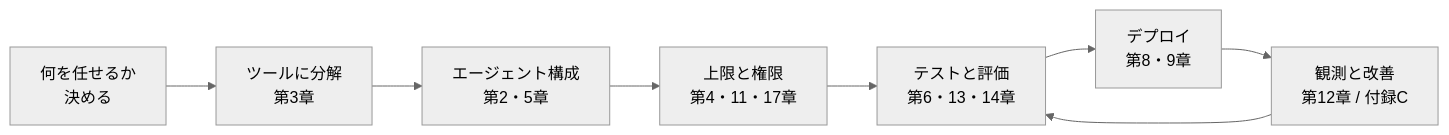
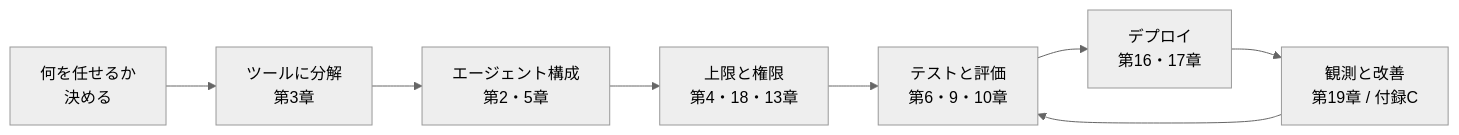
The second of 2 diagrams in README.md (Relic-Kamakura/agent-platform), drawn with Mermaid (neutral theme) before and after one commit. The commit also changed other lines of this file and 95 other files, not shown here.

````diff
--- a/README.md
+++ b/README.md
@@ -103,10 +118,10 @@
 ```mermaid
 graph LR
     A["何を任せるか<br/>決める"] --> B["ツールに分解<br/>第3章"]
     B --> C["エージェント構成<br/>第2・5章"]
-    C --> D["上限と権限<br/>第4・11・17章"]
-    D --> E["テストと評価<br/>第6・13・14章"]
-    E --> F["デプロイ<br/>第8・9章"]
-    F --> G["観測と改善<br/>第12章 / 付録C"]
+    C --> D["上限と権限<br/>第4・18・13章"]
+    D --> E["テストと評価<br/>第6・9・10章"]
+    E --> F["デプロイ<br/>第16・17章"]
+    F --> G["観測と改善<br/>第19章 / 付録C"]
     G --> E
 ```
````
